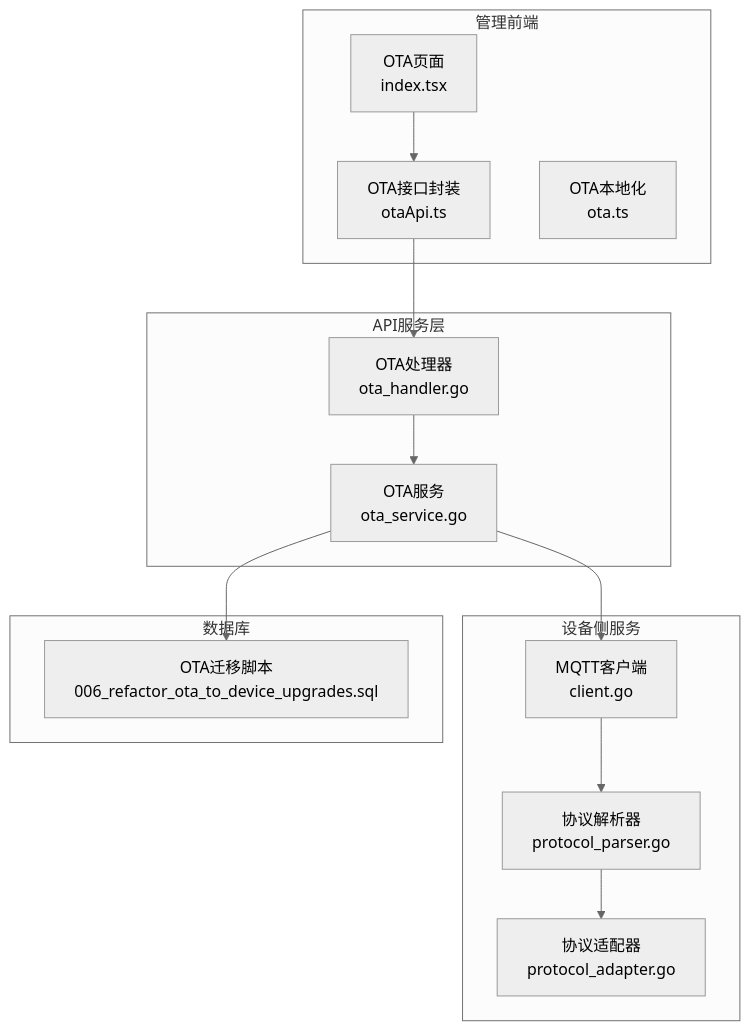
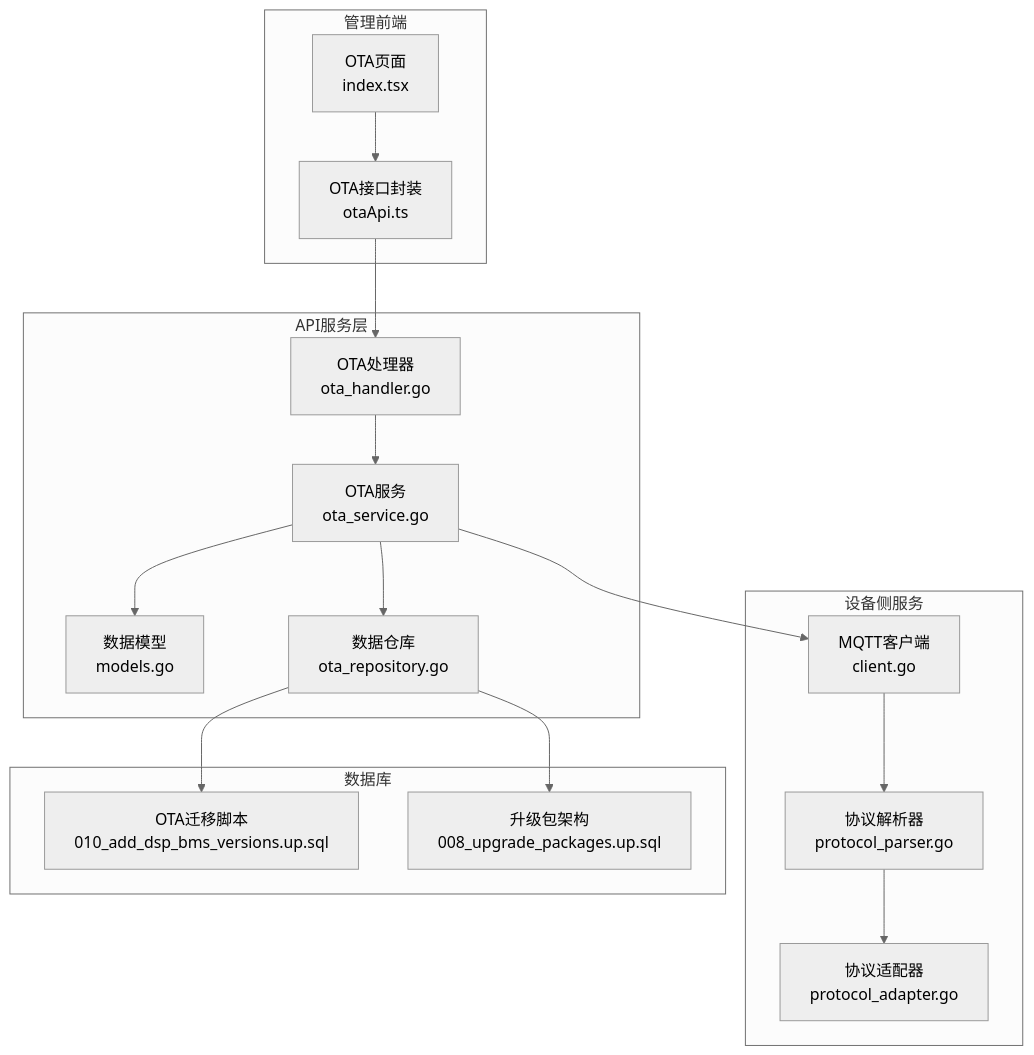
One commit to mcmrzy/cs_inv_monitor-develop changed the first of 8 diagrams in .qoder/repowiki/zh/content/OTA升级系统/设备端OTA程序.md. Above: the diagram before and after it, drawn with Mermaid (neutral theme). The commit also changed other lines of this file and 12 other files, not shown here.

````diff
--- a/.qoder/repowiki/zh/content/OTA升级系统/设备端OTA程序.md
+++ b/.qoder/repowiki/zh/content/OTA升级系统/设备端OTA程序.md
@@ -37,27 +49,32 @@
 ```mermaid
 graph TB
 subgraph "API服务层"
 API_Handler["OTA处理器<br/>ota_handler.go"]
 API_Service["OTA服务<br/>ota_service.go"]
+API_Model["数据模型<br/>models.go"]
+API_Repo["数据仓库<br/>ota_repository.go"]
 end
 subgraph "设备侧服务"
 DS_MQTT_Client["MQTT客户端<br/>client.go"]
 DS_Parser["协议解析器<br/>protocol_parser.go"]
 DS_Adapter["协议适配器<br/>protocol_adapter.go"]
 end
 subgraph "管理前端"
 FE_Page["OTA页面<br/>index.tsx"]
 FE_API["OTA接口封装<br/>otaApi.ts"]
-FE_Locale["OTA本地化<br/>ota.ts"]
 end
 subgraph "数据库"
-DB_Migration["OTA迁移脚本<br/>006_refactor_ota_to_device_upgrades.sql"]
+DB_Migration["OTA迁移脚本<br/>010_add_dsp_bms_versions.up.sql"]
+DB_Package["升级包架构<br/>008_upgrade_packages.up.sql"]
 end
 API_Handler --> API_Service
+API_Service --> API_Model
+API_Service --> API_Repo
+API_Repo --> DB_Migration
+API_Repo --> DB_Package
 API_Service --> DS_MQTT_Client
 DS_MQTT_Client --> DS_Parser
 DS_Parser --> DS_Adapter
 FE_Page --> FE_API
 FE_API --> API_Handler
-API_Service --> DB_Migration
 ```
````
